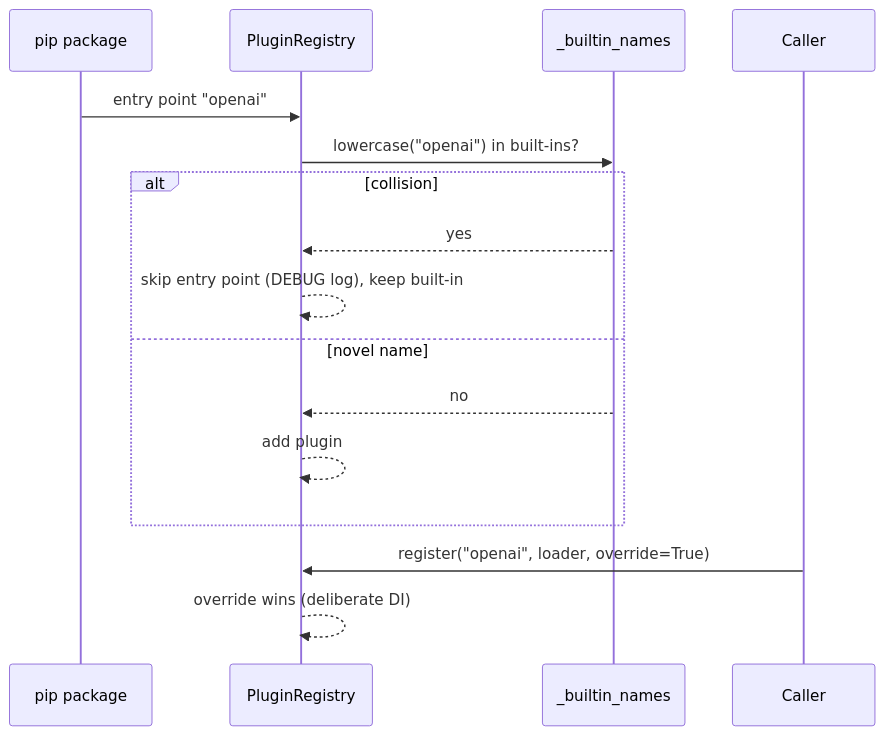
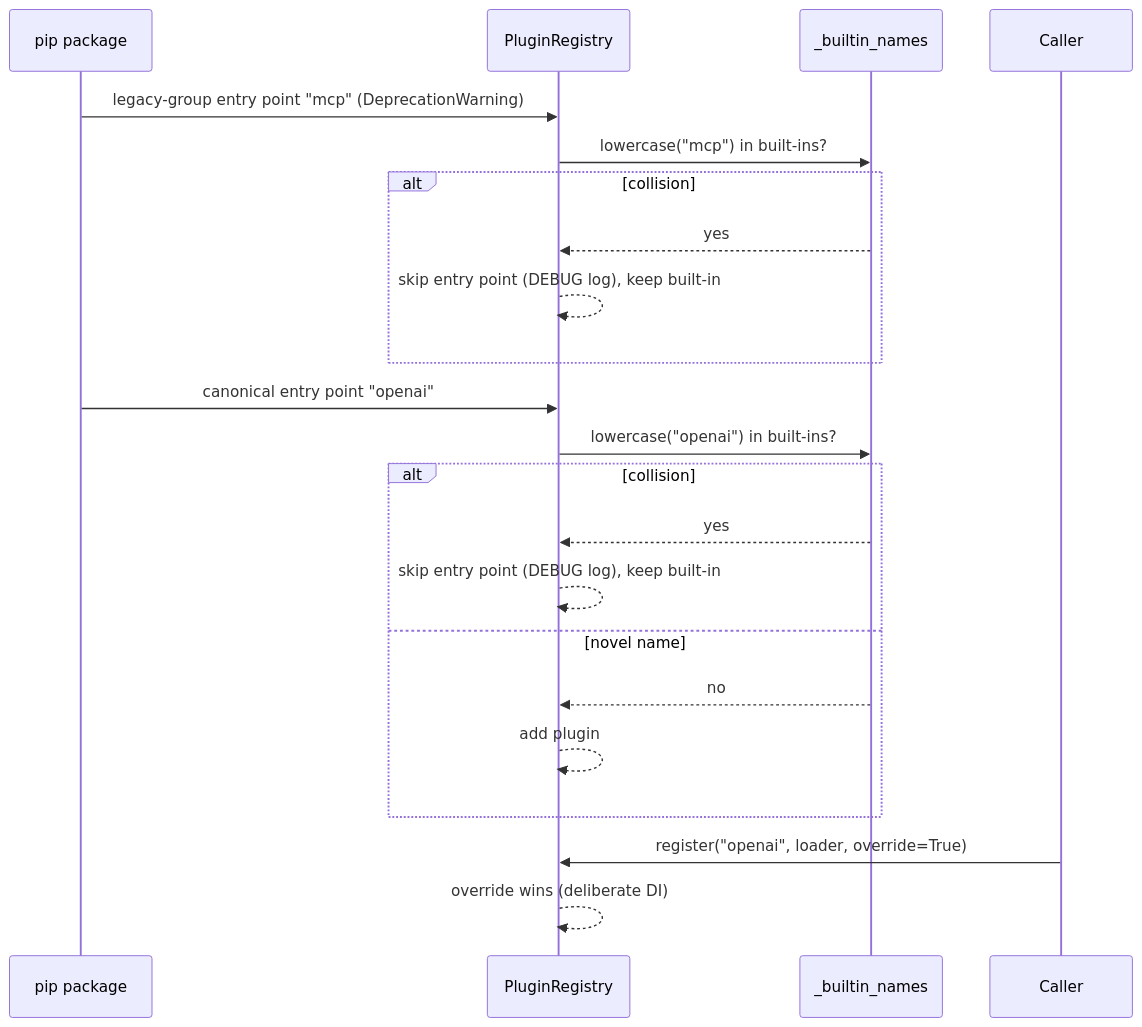
One commit to MervinPraison/PraisonAIDocs changed the second of 2 diagrams in docs/features/plugin-precedence.mdx. Above: the diagram before and after it, drawn with Mermaid. The commit also changed other lines of this file and 1 other file, not shown here.

First line of the commit message:
docs: reflect PR #4185 — built-in guard applies to legacy entry-point group (fixes #3170)

````diff
--- a/docs/features/plugin-precedence.mdx
+++ b/docs/features/plugin-precedence.mdx
@@ -88,19 +90,25 @@
 ```mermaid
 sequenceDiagram
     participant Pkg as pip package
     participant Reg as PluginRegistry
     participant Built as _builtin_names
     participant Caller
 
-    Pkg->>Reg: entry point "openai"
+    Pkg->>Reg: legacy-group entry point "mcp" (DeprecationWarning)
+    Reg->>Built: lowercase("mcp") in built-ins?
+    alt collision
+        Built-->>Reg: yes
+        Reg-->>Reg: skip entry point (DEBUG log), keep built-in
+    end
+    Pkg->>Reg: canonical entry point "openai"
     Reg->>Built: lowercase("openai") in built-ins?
     alt collision
         Built-->>Reg: yes
         Reg-->>Reg: skip entry point (DEBUG log), keep built-in
     else novel name
         Built-->>Reg: no
         Reg-->>Reg: add plugin
     end
     Caller->>Reg: register("openai", loader, override=True)
     Reg-->>Reg: override wins (deliberate DI)
 ```
````
